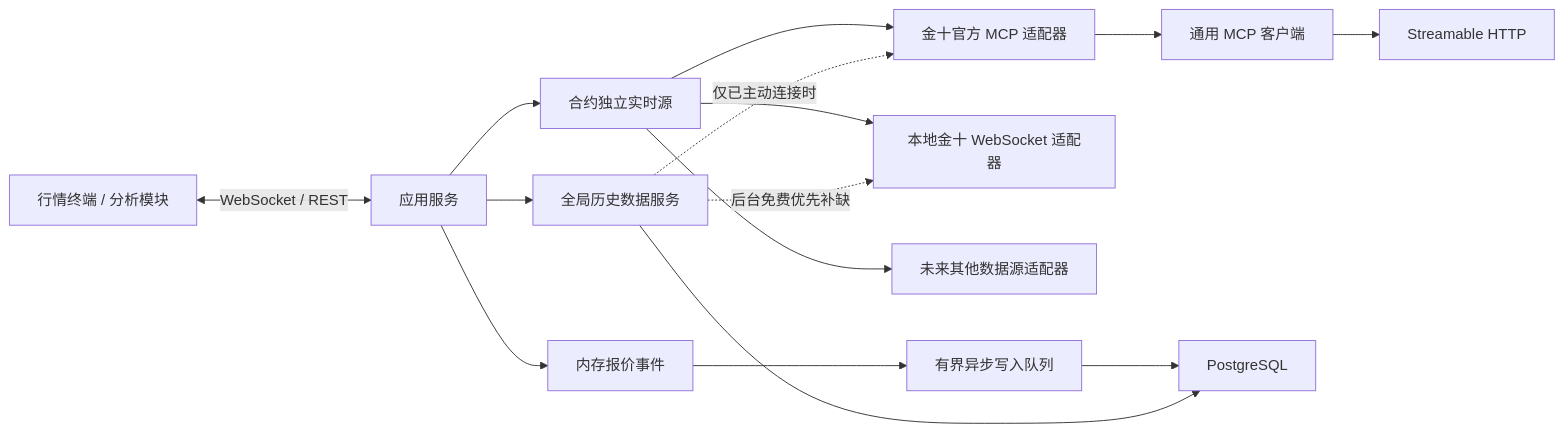
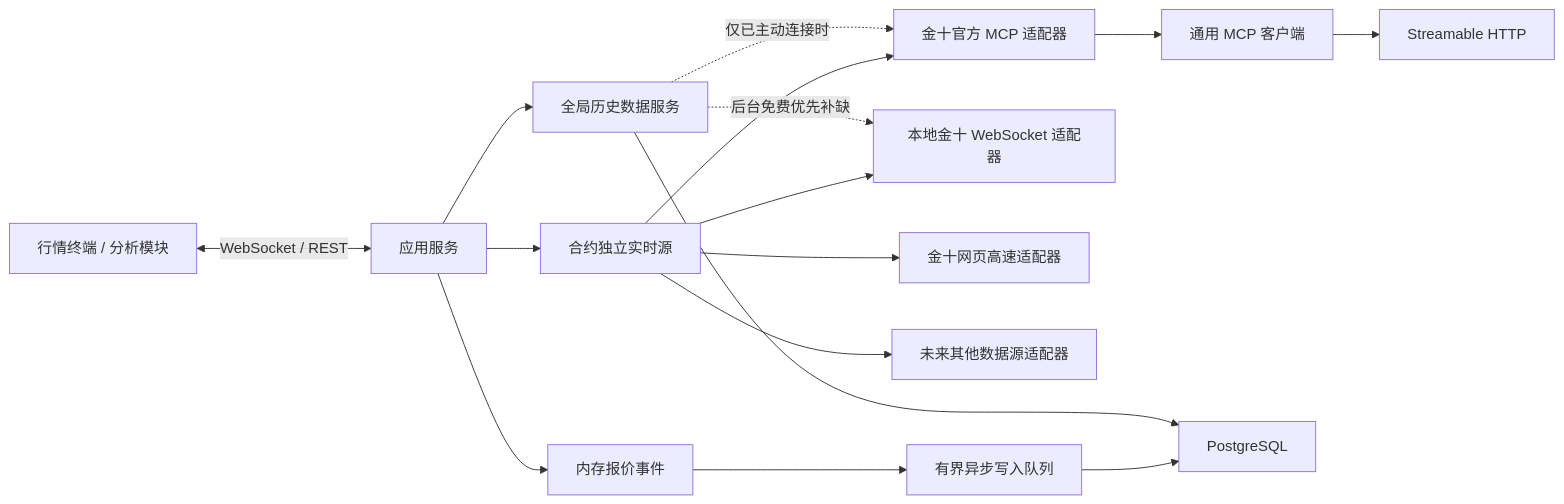
One commit to Daniel9572/TraceFang changed the diagram in docs/architecture.md. Above: the diagram before and after it, drawn with Mermaid. The commit also changed other lines of this file and 21 other files, not shown here.

````diff
--- a/docs/architecture.md
+++ b/docs/architecture.md
@@ -15,17 +15,18 @@
 ```mermaid
 flowchart LR
     UI["行情终端 / 分析模块"] <-->|"WebSocket / REST"| S["应用服务"]
     S --> R["合约独立实时源"]
     S --> C["全局历史数据服务"]
     R --> JM["金十官方 MCP 适配器"]
     R --> JD["本地金十 WebSocket 适配器"]
+    R --> JW["金十网页高速适配器"]
     R --> O["未来其他数据源适配器"]
     JM --> M["通用 MCP 客户端"]
     M --> H["Streamable HTTP"]
     S --> B["内存报价事件"]
     B --> Q["有界异步写入队列"]
     Q --> PG["PostgreSQL"]
     C --> PG
     C -.->|"后台免费优先补缺"| JD
     C -.->|"仅已主动连接时"| JM
 ```
````
